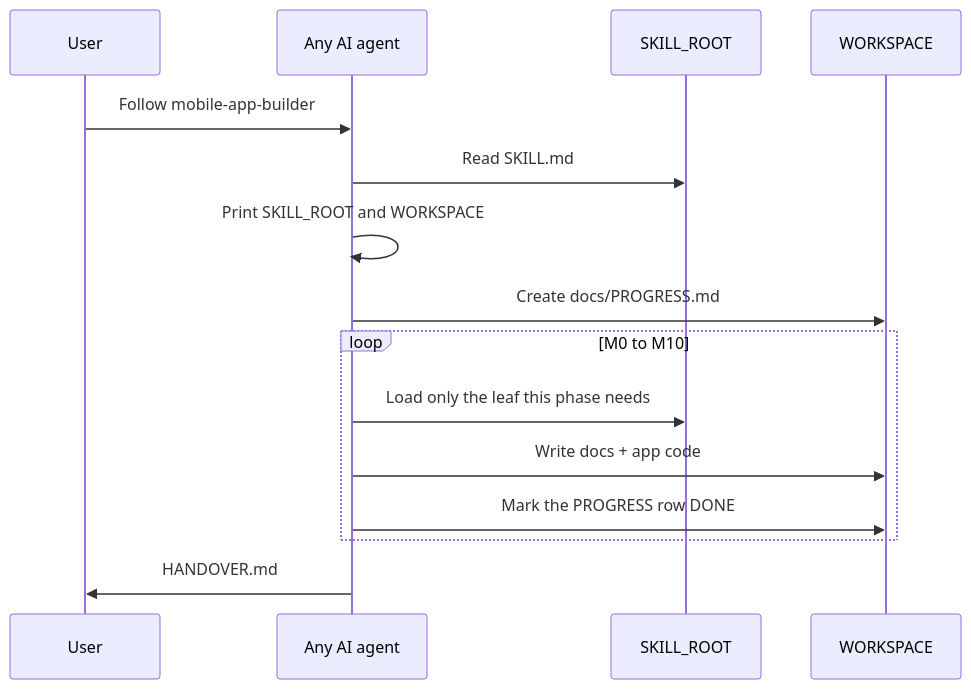
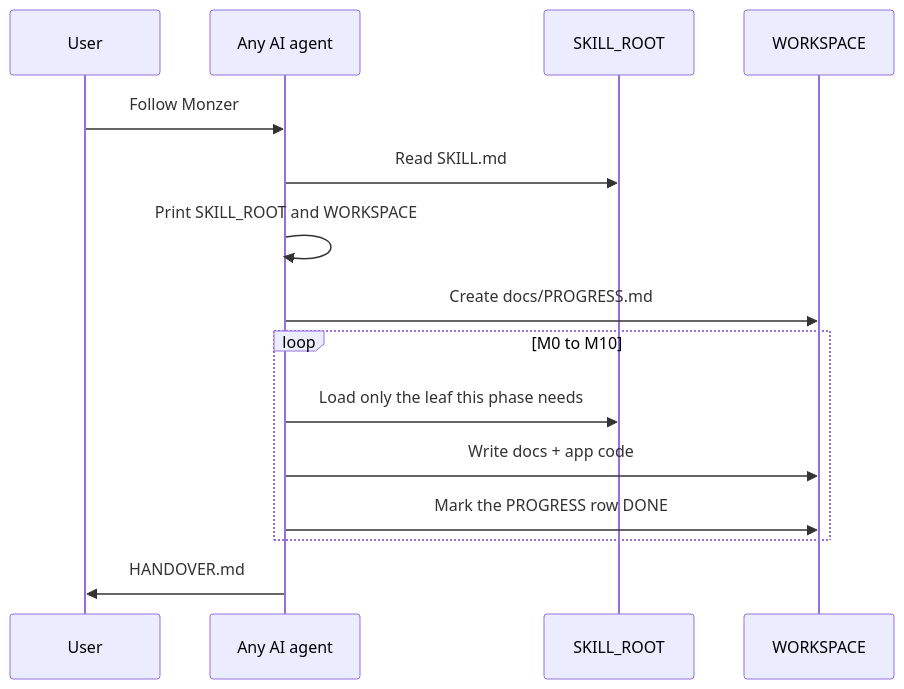
One commit to moonr5/monzer-mobile-skill changed the third of 5 diagrams in docs/VISUAL.md. Above: the diagram before and after it, drawn with Mermaid. The commit also changed 5 other files, not shown here.

````diff
--- a/docs/VISUAL.md
+++ b/docs/VISUAL.md
@@ -49,17 +49,17 @@
 ```mermaid
 sequenceDiagram
   participant U as User
   participant A as Any AI agent
   participant S as SKILL_ROOT
   participant W as WORKSPACE
-  U->>A: Follow mobile-app-builder
+  U->>A: Follow Monzer
   A->>S: Read SKILL.md
   A->>A: Print SKILL_ROOT and WORKSPACE
   A->>W: Create docs/PROGRESS.md
   loop M0 to M10
     A->>S: Load only the leaf this phase needs
     A->>W: Write docs + app code
     A->>W: Mark the PROGRESS row DONE
   end
   A->>U: HANDOVER.md
 ```
````
